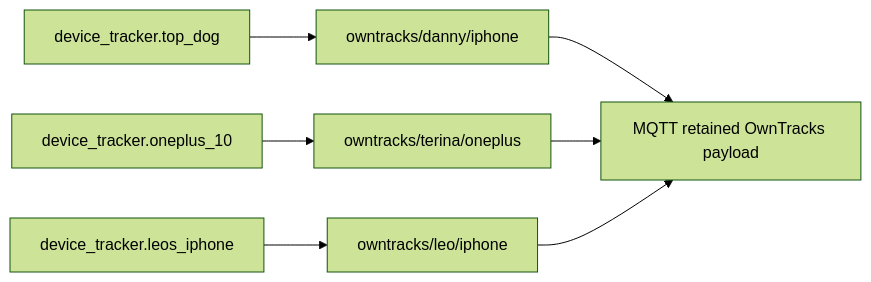
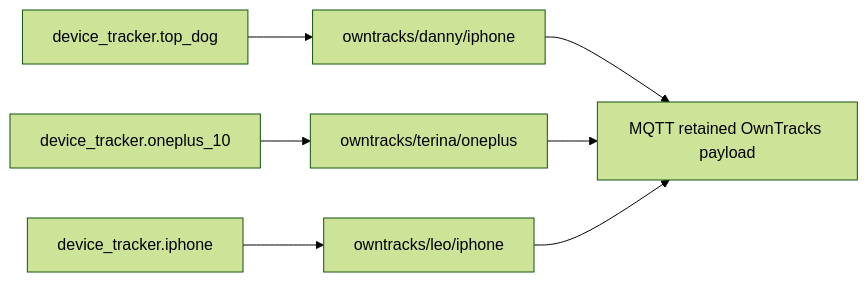
The diagram in packages/integrations/owntracks_README.md (dannytsang/homeassistant-config), drawn with Mermaid (forest theme) before and after one commit. The commit also changed other lines of this file and 3 other files, not shown here.

````diff
--- a/packages/integrations/owntracks_README.md
+++ b/packages/integrations/owntracks_README.md
@@ -26,9 +26,9 @@
 ```mermaid
 flowchart LR
     Danny[device_tracker.top_dog] --> DannyTopic[owntracks/danny/iphone]
     Terina[device_tracker.oneplus_10] --> TerinaTopic[owntracks/terina/oneplus]
-    Leo[device_tracker.leos_iphone] --> LeoTopic[owntracks/leo/iphone]
+    Leo[device_tracker.iphone] --> LeoTopic[owntracks/leo/iphone]
     DannyTopic --> MQTT[MQTT retained OwnTracks payload]
     TerinaTopic --> MQTT
     LeoTopic --> MQTT
 ```
````
